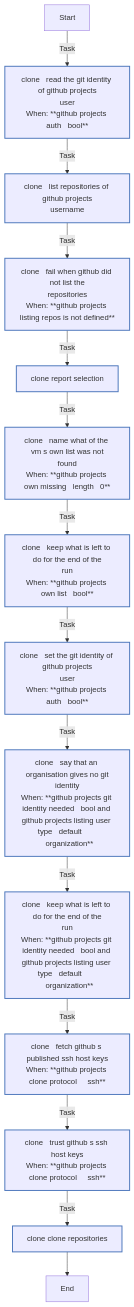
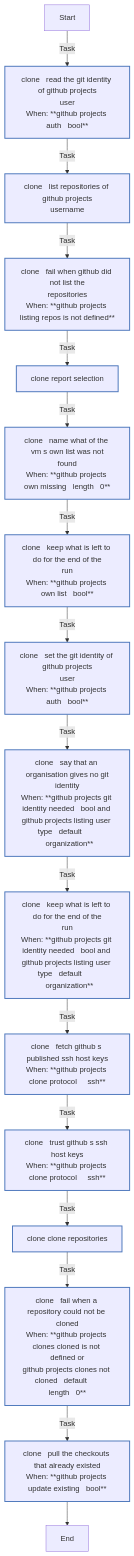
The fourth of 10 diagrams in docs/reference/roles/github_projects.md (kawadeomkar/agent-warehouse), drawn with Mermaid before and after one commit. The commit also changed other lines of this file and 8 other files, not shown here.

First line of the commit message:
feat(github_projects): clone a VM's repositories several at a time

````diff
--- a/docs/reference/roles/github_projects.md
+++ b/docs/reference/roles/github_projects.md
@@ -282,26 +285,28 @@
 ```mermaid
 flowchart TD
 Start
 classDef block stroke:#3498db,stroke-width:2px;
 classDef task stroke:#4b76bb,stroke-width:2px;
 classDef includeTasks stroke:#16a085,stroke-width:2px;
 classDef importTasks stroke:#34495e,stroke-width:2px;
 classDef includeRole stroke:#2980b9,stroke-width:2px;
 classDef importRole stroke:#699ba7,stroke-width:2px;
 classDef includeVars stroke:#8e44ad,stroke-width:2px;
 classDef rescue stroke:#665352,stroke-width:2px;
 
   Start-->|Task| clone___Read_the_git_identity_of_github_projects_user0[clone   read the git identity of github projects<br>user<br>When: **github projects auth   bool**]:::task
   clone___Read_the_git_identity_of_github_projects_user0-->|Task| clone___List_repositories_of_github_projects_username1[clone   list repositories of github projects<br>username]:::task
   clone___List_repositories_of_github_projects_username1-->|Task| clone___Fail_when_GitHub_did_not_list_the_repositories2[clone   fail when github did not list the<br>repositories<br>When: **github projects listing repos is not defined**]:::task
   clone___Fail_when_GitHub_did_not_list_the_repositories2-->|Task| clone___Report_selection3[clone   report selection]:::task
   clone___Report_selection3-->|Task| clone___Name_what_of_the_VM_s_own_list_was_not_found4[clone   name what of the vm s own list was not<br>found<br>When: **github projects own missing   length   0**]:::task
   clone___Name_what_of_the_VM_s_own_list_was_not_found4-->|Task| clone___Keep_what_is_left_to_do_for_the_end_of_the_run5[clone   keep what is left to do for the end of the<br>run<br>When: **github projects own list   bool**]:::task
   clone___Keep_what_is_left_to_do_for_the_end_of_the_run5-->|Task| clone___Set_the_git_identity_of_github_projects_user6[clone   set the git identity of github projects<br>user<br>When: **github projects auth   bool**]:::task
   clone___Set_the_git_identity_of_github_projects_user6-->|Task| clone___Say_that_an_organisation_gives_no_git_identity7[clone   say that an organisation gives no git<br>identity<br>When: **github projects git identity needed   bool and <br>github projects listing user type   default       <br>  organization**]:::task
   clone___Say_that_an_organisation_gives_no_git_identity7-->|Task| clone___Keep_what_is_left_to_do_for_the_end_of_the_run8[clone   keep what is left to do for the end of the<br>run<br>When: **github projects git identity needed   bool and <br>github projects listing user type   default       <br>  organization**]:::task
   clone___Keep_what_is_left_to_do_for_the_end_of_the_run8-->|Task| clone___Fetch_GitHub_s_published_SSH_host_keys9[clone   fetch github s published ssh host keys<br>When: **github projects clone protocol     ssh**]:::task
   clone___Fetch_GitHub_s_published_SSH_host_keys9-->|Task| clone___Trust_GitHub_s_SSH_host_keys10[clone   trust github s ssh host keys<br>When: **github projects clone protocol     ssh**]:::task
   clone___Trust_GitHub_s_SSH_host_keys10-->|Task| clone___Clone_repositories11[clone   clone repositories]:::task
-  clone___Clone_repositories11-->End
+  clone___Clone_repositories11-->|Task| clone___Fail_when_a_repository_could_not_be_cloned12[clone   fail when a repository could not be cloned<br>When: **github projects clones cloned is not defined or<br>github projects clones not cloned   default      <br>length   0**]:::task
+  clone___Fail_when_a_repository_could_not_be_cloned12-->|Task| clone___Pull_the_checkouts_that_already_existed13[clone   pull the checkouts that already existed<br>When: **github projects update existing   bool**]:::task
+  clone___Pull_the_checkouts_that_already_existed13-->End
 ```
````
